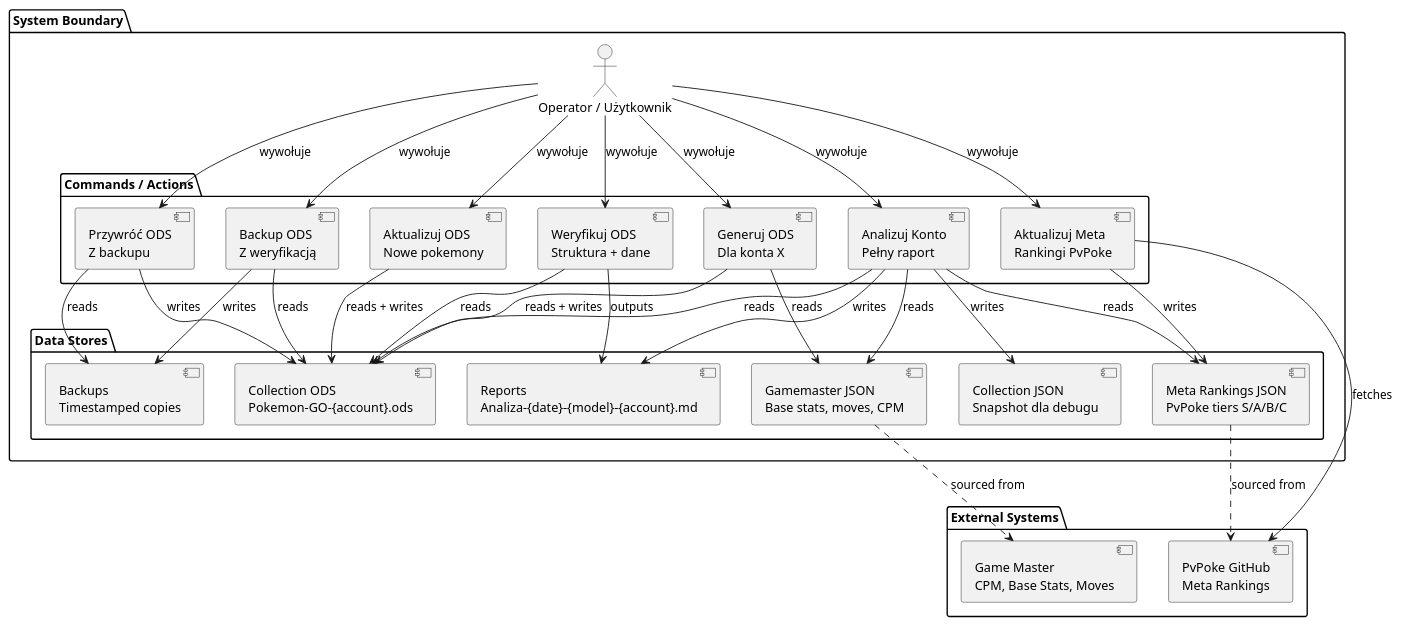
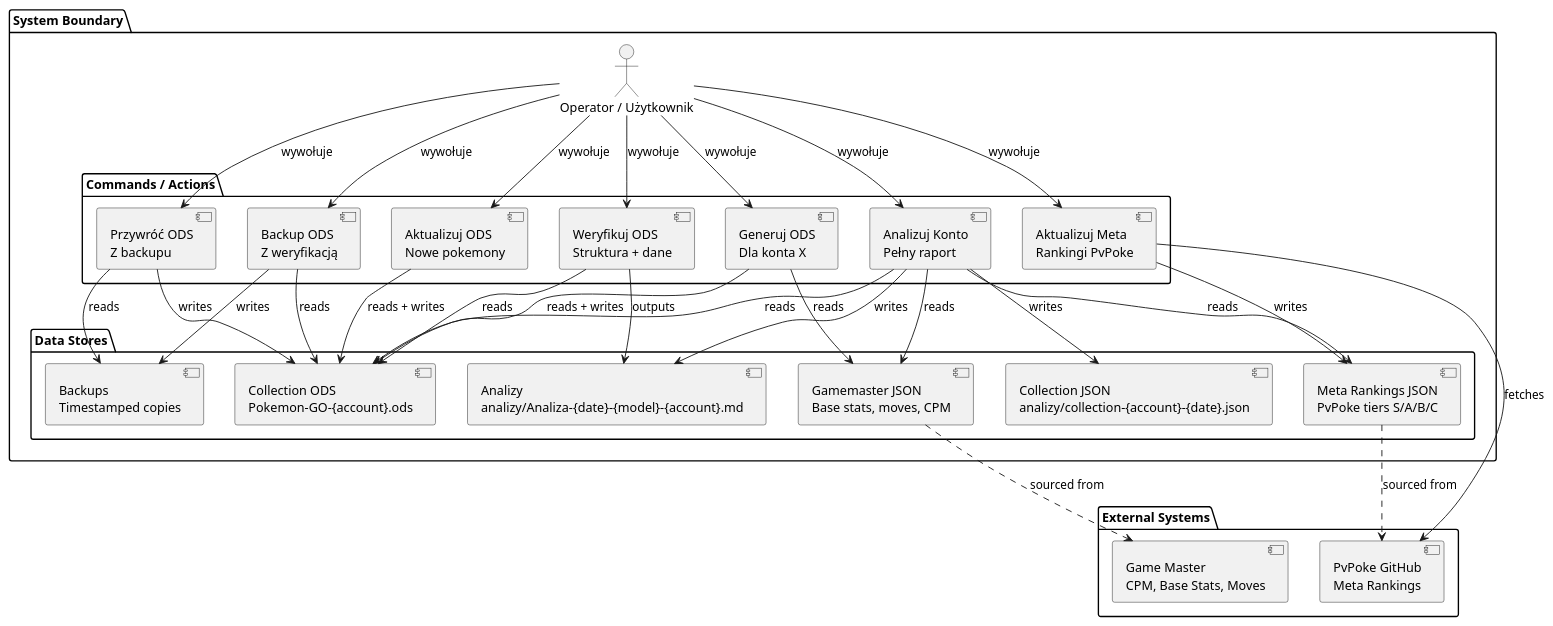
The first of 8 diagrams in docs/01-akcje-uzytkownika.md (Adzikus/pokemon-go-analizer), drawn with PlantUML before and after one commit. The commit also changed other lines of this file and 6 other files, not shown here.

````diff
--- a/docs/01-akcje-uzytkownika.md
+++ b/docs/01-akcje-uzytkownika.md
@@ -10,67 +10,67 @@
 ```plantuml
 @startuml
 
 package "External Systems" {
     [PvPoke GitHub\nMeta Rankings] as PvPoke
     [Game Master\nCPM, Base Stats, Moves] as GameMaster
 }
 
 package "System Boundary" {
     actor "Operator / Użytkownik" as Actor
     
     package "Commands / Actions" {
         [Generuj ODS\nDla konta X] as GenerateODS
         [Aktualizuj ODS\nNowe pokemony] as UpdateODS
         [Backup ODS\nZ weryfikacją] as BackupODS
         [Weryfikuj ODS\nStruktura + dane] as VerifyODS
         [Przywróć ODS\nZ backupu] as RestoreODS
         [Analizuj Konto\nPełny raport] as Analyze
         [Aktualizuj Meta\nRankingi PvPoke] as UpdateMeta
     }
     
     package "Data Stores" {
         [Collection ODS\nPokemon-GO-{account}.ods] as CollectionODS
         [Gamemaster JSON\nBase stats, moves, CPM] as GamemasterJSON
         [Meta Rankings JSON\nPvPoke tiers S/A/B/C] as MetaRankingsJSON
         [Backups\nTimestamped copies] as BackupsDir
-        [Reports\nAnaliza-{date}-{model}-{account}.md] as ReportsDir
-        [Collection JSON\nSnapshot dla debugu] as CollectionJSON
+        [Analizy\nanalizy/Analiza-{date}-{model}-{account}.md] as ReportsDir
+        [Collection JSON\nanalizy/collection-{account}-{date}.json] as CollectionJSON
     }
 }
 
 Actor --> GenerateODS : wywołuje
 Actor --> UpdateODS : wywołuje
 Actor --> BackupODS : wywołuje
 Actor --> VerifyODS : wywołuje
 Actor --> RestoreODS : wywołuje
 Actor --> Analyze : wywołuje
 Actor --> UpdateMeta : wywołuje
 
 GenerateODS --> CollectionODS : reads + writes
 GenerateODS --> GamemasterJSON : reads
 
 UpdateODS --> CollectionODS : reads + writes
 
 BackupODS --> CollectionODS : reads
 BackupODS --> BackupsDir : writes
 
 VerifyODS --> CollectionODS : reads
 VerifyODS --> ReportsDir : outputs
 
 RestoreODS --> BackupsDir : reads
 RestoreODS --> CollectionODS : writes
 
 Analyze --> CollectionODS : reads
 Analyze --> GamemasterJSON : reads
 Analyze --> MetaRankingsJSON : reads
 Analyze --> ReportsDir : writes
 Analyze --> CollectionJSON : writes
 
 UpdateMeta --> PvPoke : fetches
 UpdateMeta --> MetaRankingsJSON : writes
 
 GamemasterJSON ..> GameMaster : sourced from
 MetaRankingsJSON ..> PvPoke : sourced from
 
 @enduml
 ```
````
